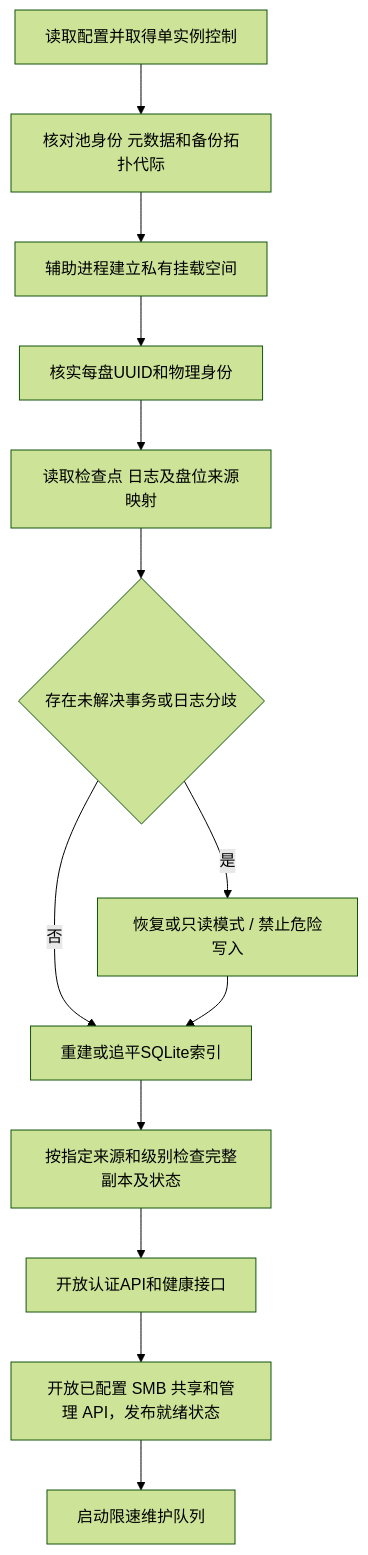
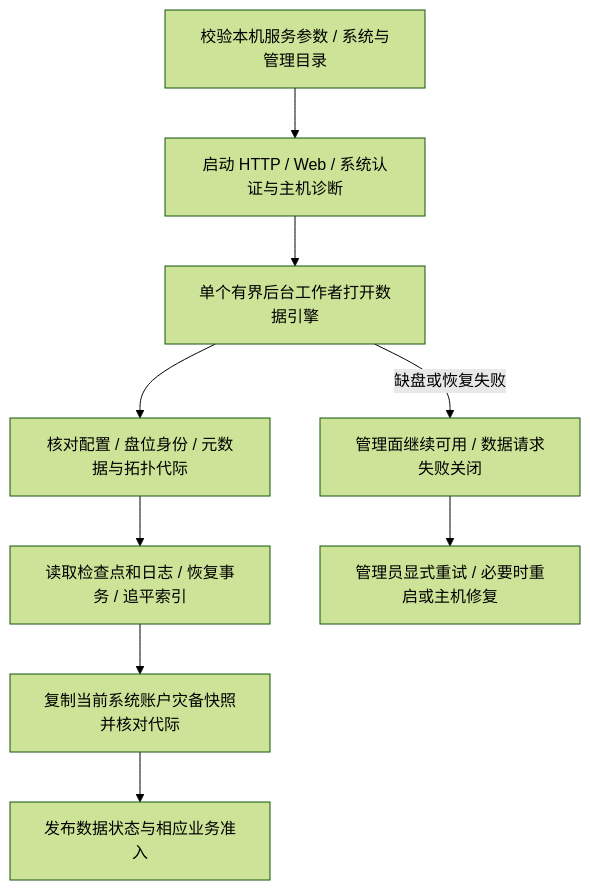
The diagram in docs/17-lifecycle-and-maintenance.md (isarmg/xcs), drawn with Mermaid (forest theme) before and after one commit. The commit also changed other lines of this file and 111 other files, not shown here.

````diff
--- a/docs/17-lifecycle-and-maintenance.md
+++ b/docs/17-lifecycle-and-maintenance.md
@@ -31,15 +31,11 @@
 ```mermaid
 flowchart TB
-    A[读取配置并取得单实例控制] --> B[核对池身份 元数据和备份拓扑代际]
-    B --> C[辅助进程建立私有挂载空间]
-    C --> D[核实每盘UUID和物理身份]
-    D --> E[读取检查点 日志及盘位来源映射]
-    E --> F{存在未解决事务或日志分歧}
-    F -->|是| G[恢复或只读模式 / 禁止危险写入]
-    F -->|否| H[重建或追平SQLite索引]
-    G --> H
-    H --> I[按指定来源和级别检查完整副本及状态]
-    I --> J[开放认证API和健康接口]
-    J --> K[开放已配置 SMB 共享和管理 API，发布就绪状态]
-    K --> L[启动限速维护队列]
+    A[校验本机服务参数 / 系统与管理目录] --> B[启动 HTTP / Web / 系统认证与主机诊断]
+    B --> C[单个有界后台工作者打开数据引擎]
+    C --> D[核对配置 / 盘位身份 / 元数据与拓扑代际]
+    D --> E[读取检查点和日志 / 恢复事务 / 追平索引]
+    E --> F[复制当前系统账户灾备快照并核对代际]
+    F --> G[发布数据状态与相应业务准入]
+    C -->|缺盘或恢复失败| H[管理面继续可用 / 数据请求失败关闭]
+    H --> I[管理员显式重试 / 必要时重启或主机修复]
 ```
````
